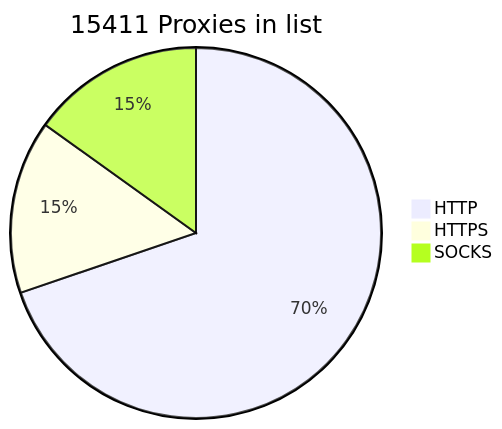
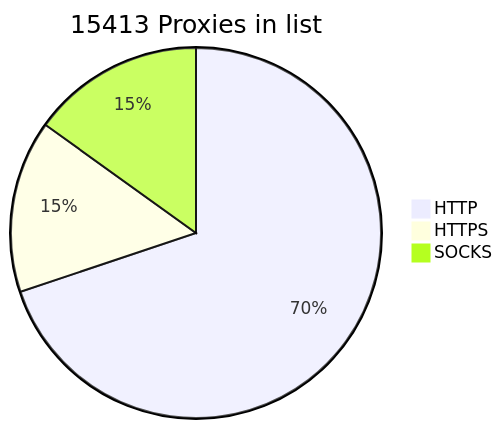
One commit to BlackSnowDot/proxylist-update-every-minute changed the diagram in README.md. Above: the diagram before and after it, drawn with Mermaid. The commit also changed other lines of this file, not shown here.

````diff
--- a/README.md
+++ b/README.md
@@ -2,6 +2,6 @@
 ```mermaid
-pie title 15411 Proxies in list
-    "HTTP" : 11250
-    "HTTPS": 2439
+pie title 15413 Proxies in list
+    "HTTP" : 11275
+    "HTTPS": 2430
     "SOCKS" : 2434
 ```
````
